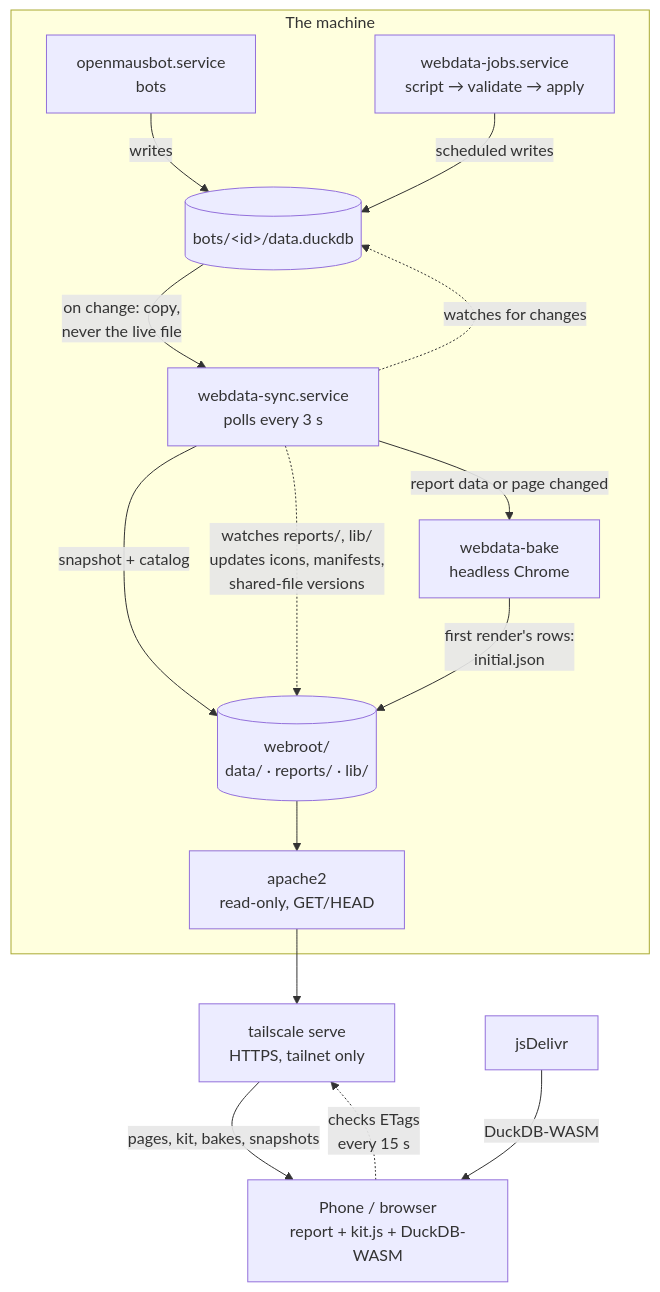
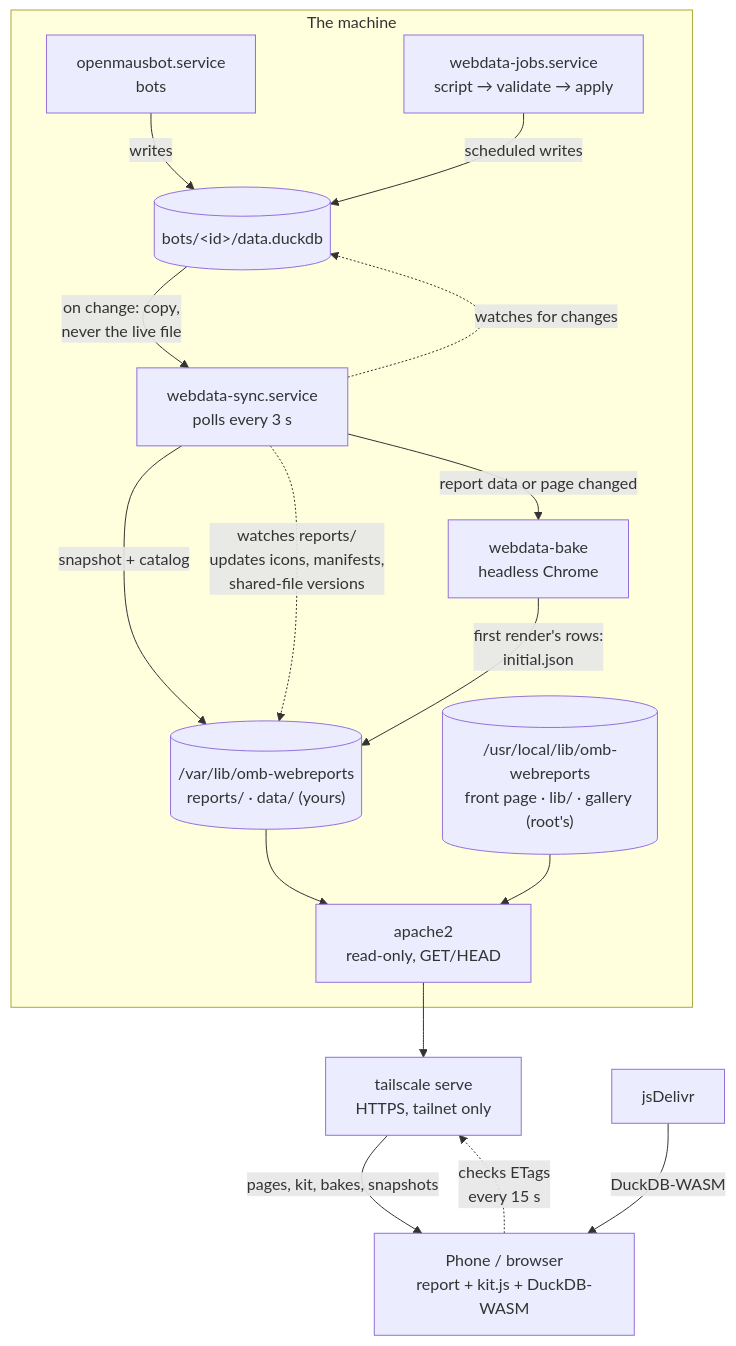
One commit to ckedwards/omb-webreports changed the diagram in docs/architecture.md. Above: the diagram before and after it, drawn with Mermaid. The commit also changed other lines of this file and 35 other files, not shown here.

````diff
--- a/docs/architecture.md
+++ b/docs/architecture.md
@@ -5,29 +5,31 @@
 ```mermaid
 flowchart TB
     subgraph machine["The machine"]
         omb["openmausbot.service<br/>bots"]
         jobs["webdata-jobs.service<br/>script → validate → apply"]
         botdb[("bots/#lt;id#gt;/data.duckdb")]
         sync["webdata-sync.service<br/>polls every 3 s"]
         bake["webdata-bake<br/>headless Chrome"]
-        webroot[("webroot/<br/>data/ · reports/ · lib/")]
+        content[("/var/lib/omb-webreports<br/>reports/ · data/ (yours)")]
+        program[("/usr/local/lib/omb-webreports<br/>front page · lib/ · gallery (root's)")]
         apache["apache2<br/>read-only, GET/HEAD"]
     end
     ts["tailscale serve<br/>HTTPS, tailnet only"]
     client["Phone / browser<br/>report + kit.js + DuckDB-WASM"]
     cdn["jsDelivr"]
 
     omb -- writes --> botdb
     jobs -- "scheduled writes" --> botdb
     sync -. "watches for changes" .-> botdb
     botdb -- "on change: copy,<br/>never the live file" --> sync
-    sync -- "snapshot + catalog" --> webroot
-    sync -. "watches reports/, lib/<br/>updates icons, manifests,<br/>shared-file versions" .-> webroot
+    sync -- "snapshot + catalog" --> content
+    sync -. "watches reports/<br/>updates icons, manifests,<br/>shared-file versions" .-> content
     sync -- "report data or page changed" --> bake
-    bake -- "first render's rows:<br/>initial.json" --> webroot
-    webroot --> apache
+    bake -- "first render's rows:<br/>initial.json" --> content
+    content --> apache
+    program --> apache
     apache --> ts
     client -. "checks ETags<br/>every 15 s" .-> ts
     ts -- "pages, kit, bakes, snapshots" --> client
     cdn -- "DuckDB-WASM" --> client
 ```
````
